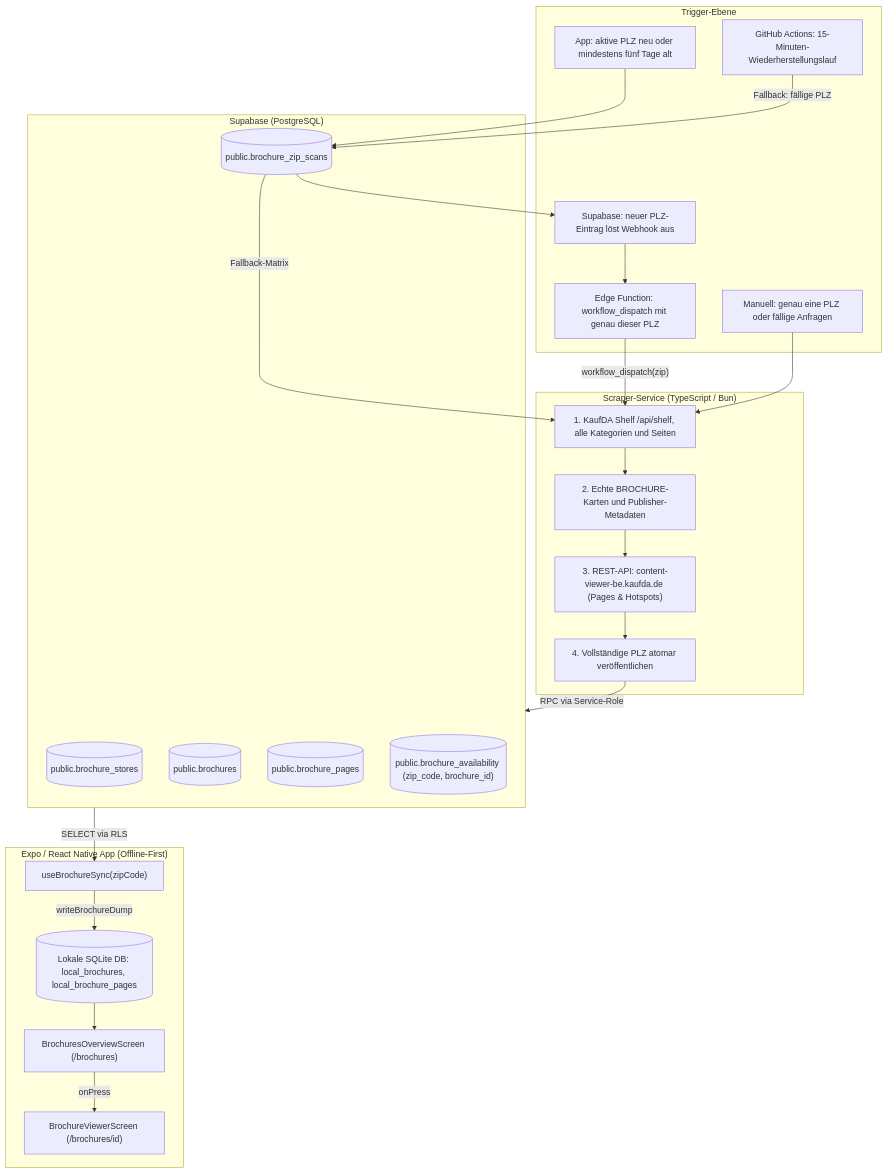
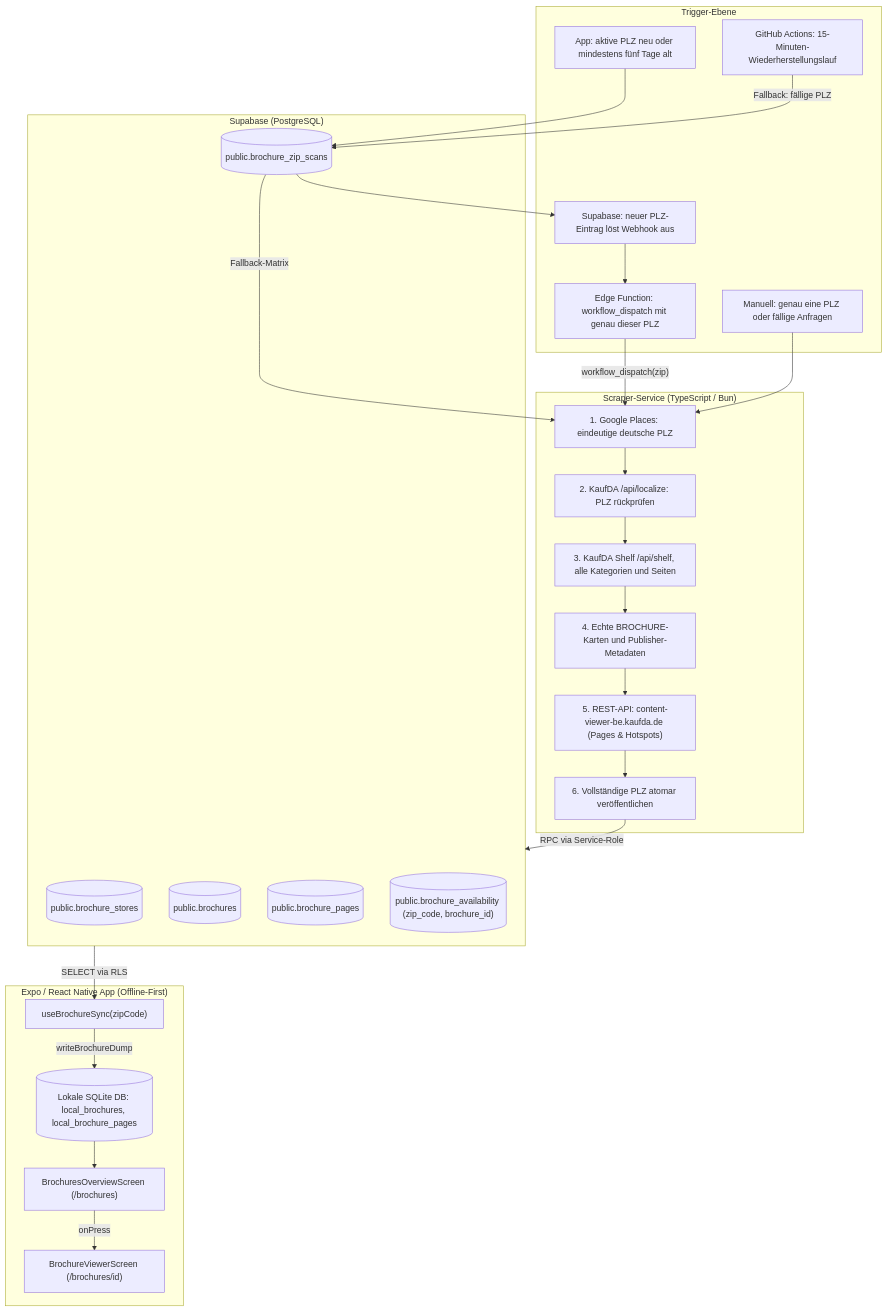
Before and after one commit to goldjunge91/fam: the diagram in docs/features/BROCHURE/PROSPEKTE_ARCHITECTURE.md, drawn with Mermaid. The commit also changed other lines of this file and 10 other files, not shown here.

Commit message:
fix(brochures): resolve KaufDA postal codes via Places

````diff
--- a/docs/features/BROCHURE/PROSPEKTE_ARCHITECTURE.md
+++ b/docs/features/BROCHURE/PROSPEKTE_ARCHITECTURE.md
@@ -54,48 +80,52 @@
 ```mermaid
 flowchart TD
     subgraph Trigger ["Trigger-Ebene"]
         AppRequest["App: aktive PLZ neu oder mindestens fünf Tage alt"]
         DbWebhook["Supabase: neuer PLZ-Eintrag löst Webhook aus"]
         Dispatch["Edge Function: workflow_dispatch mit genau dieser PLZ"]
         QueuePoll["GitHub Actions: 15-Minuten-Wiederherstellungslauf"]
         Manual["Manuell: genau eine PLZ oder fällige Anfragen"]
     end
 
     subgraph Scraper ["Scraper-Service (TypeScript / Bun)"]
-        FetchMeta["1. KaufDA Shelf /api/shelf, alle Kategorien und Seiten"]
-        ExtractContentId["2. Echte BROCHURE-Karten und Publisher-Metadaten"]
-        FetchPages["3. REST-API: content-viewer-be.kaufda.de (Pages & Hotspots)"]
-        Publish["4. Vollständige PLZ atomar veröffentlichen"]
+        ResolveLocation["1. Google Places: eindeutige deutsche PLZ"]
+        VerifyLocation["2. KaufDA /api/localize: PLZ rückprüfen"]
+        FetchMeta["3. KaufDA Shelf /api/shelf, alle Kategorien und Seiten"]
+        ExtractContentId["4. Echte BROCHURE-Karten und Publisher-Metadaten"]
+        FetchPages["5. REST-API: content-viewer-be.kaufda.de (Pages & Hotspots)"]
+        Publish["6. Vollständige PLZ atomar veröffentlichen"]
     end
 
     subgraph Backend ["Supabase (PostgreSQL)"]
         TableStores[("public.brochure_stores")]
         TableBrochures[("public.brochures")]
         TablePages[("public.brochure_pages")]
         TableAvail[("public.brochure_availability (zip_code, brochure_id)")]
         TableQueue[("public.brochure_zip_scans")]
     end
 
     subgraph Client ["Expo / React Native App (Offline-First)"]
         SyncHook["useBrochureSync(zipCode)"]
         LocalSQLite[("Lokale SQLite DB: local_brochures, local_brochure_pages")]
         ScreenOverview["BrochuresOverviewScreen (/brochures)"]
         ScreenViewer["BrochureViewerScreen (/brochures/id)"]
     end
 
     AppRequest --> TableQueue
     TableQueue --> DbWebhook
     DbWebhook --> Dispatch
-    Dispatch -->|"workflow_dispatch(zip)"| FetchMeta
+    Dispatch -->|"workflow_dispatch(zip)"| ResolveLocation
     QueuePoll -->|"Fallback: fällige PLZ"| TableQueue
-    TableQueue -->|"Fallback-Matrix"| FetchMeta
-    Manual --> FetchMeta
+    TableQueue -->|"Fallback-Matrix"| ResolveLocation
+    Manual --> ResolveLocation
+    ResolveLocation --> VerifyLocation
+    VerifyLocation --> FetchMeta
     FetchMeta --> ExtractContentId
     ExtractContentId --> FetchPages
     FetchPages --> Publish
     Publish -->|"RPC via Service-Role"| Backend
     Backend -->|"SELECT via RLS"| SyncHook
     SyncHook -->|"writeBrochureDump"| LocalSQLite
     LocalSQLite --> ScreenOverview
     ScreenOverview -->|"onPress"| ScreenViewer
 ```
````
